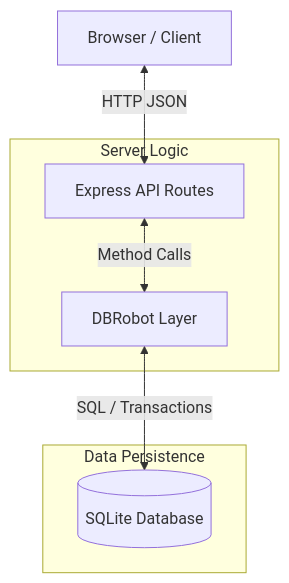
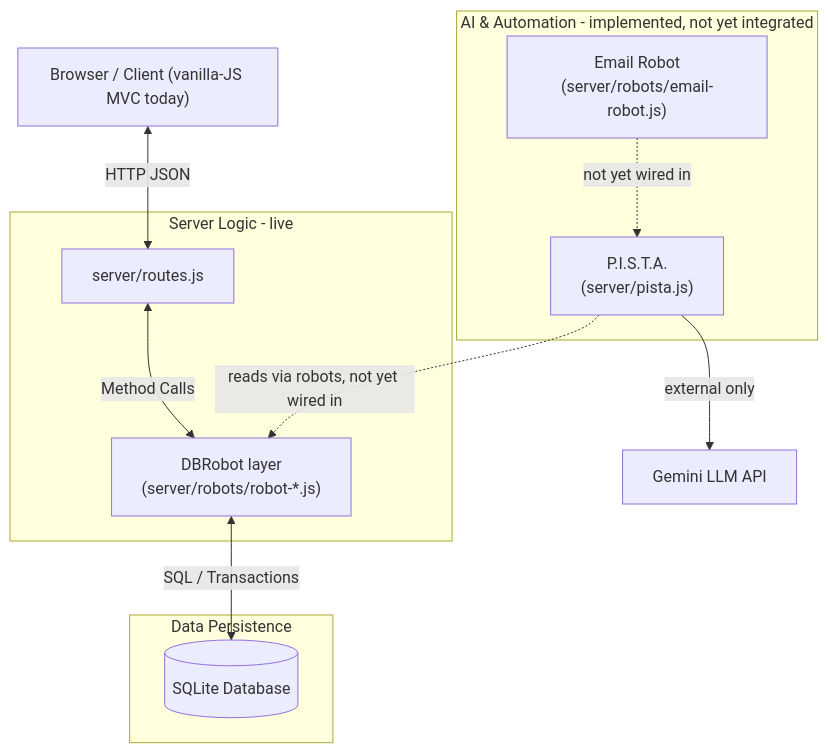
The diagram in SOLUTION_DESIGN.md (blian24/coolkonyha-solo-vibe), drawn with Mermaid before and after one commit. The commit also changed other lines of this file and 25 other files, not shown here.

````diff
--- a/SOLUTION_DESIGN.md
+++ b/SOLUTION_DESIGN.md
@@ -19,15 +19,24 @@
 ```mermaid
 graph TD
-    User["Browser / Client"] <-->|HTTP JSON| API["Express API Routes"]
-    API <-->|Method Calls| Agent["DBRobot Layer"]
-    Agent <-->|SQL / Transactions| DB[(SQLite Database)]
+    User["Browser / Client (vanilla-JS MVC today)"] <-->|HTTP JSON| API["server/routes.js"]
+    API <-->|Method Calls| Robots["DBRobot layer\n(server/robots/robot-*.js)"]
+    Robots <-->|SQL / Transactions| DB[(SQLite Database)]
 
-    subgraph ServerLogic[Server Logic]
+    EmailRobot["Email Robot\n(server/robots/email-robot.js)"] -.->|not yet wired in| PISTA["P.I.S.T.A.\n(server/pista.js)"]
+    PISTA -.->|reads via robots, not yet wired in| Robots
+    PISTA -->|external only| Gemini["Gemini LLM API"]
+
+    subgraph ServerLogic[Server Logic - live]
         API
-        Agent
+        Robots
+    end
+
+    subgraph AIAutomation[AI & Automation - implemented, not yet integrated]
+        EmailRobot
+        PISTA
     end
 
     subgraph DataPersistence[Data Persistence]
         DB
     end
 ```
````
